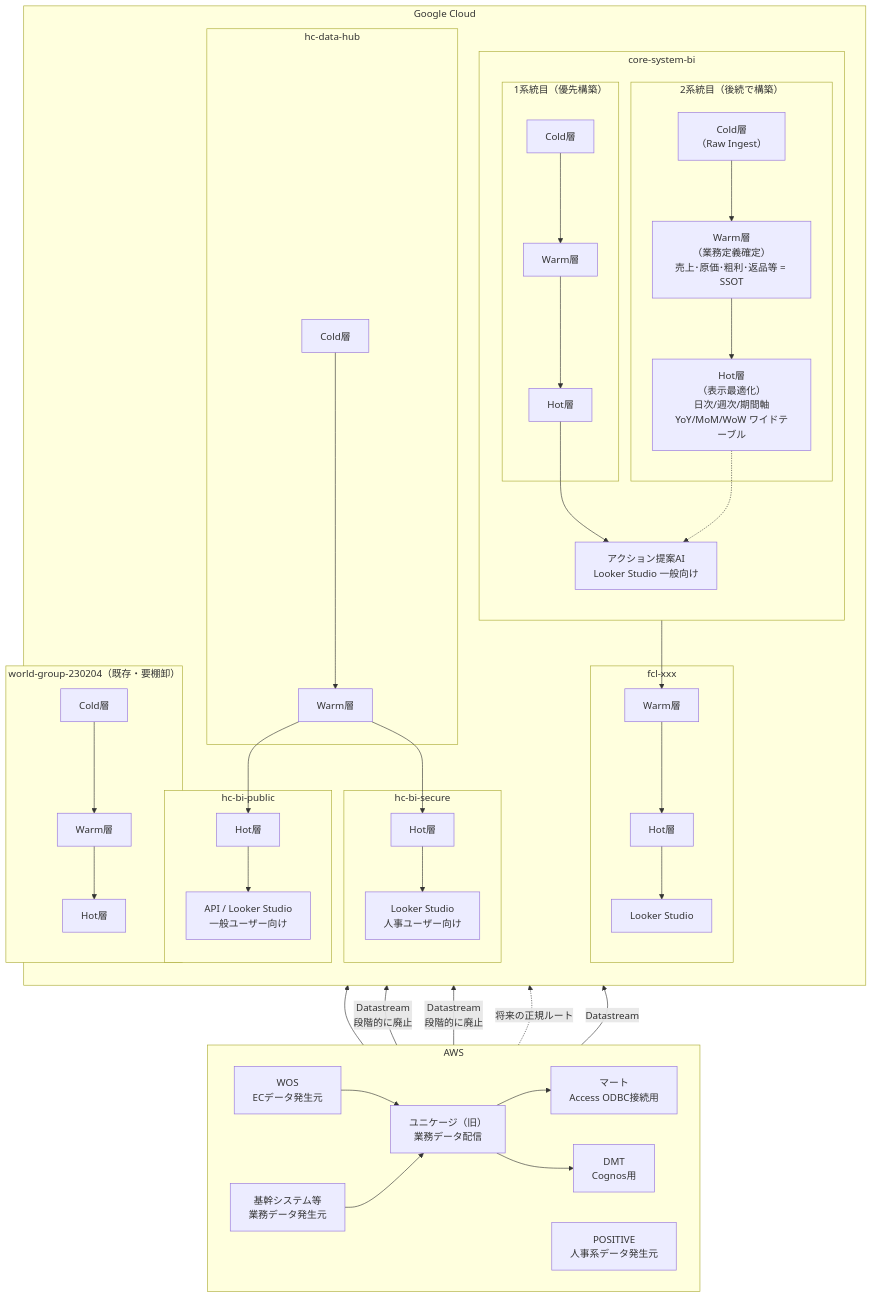
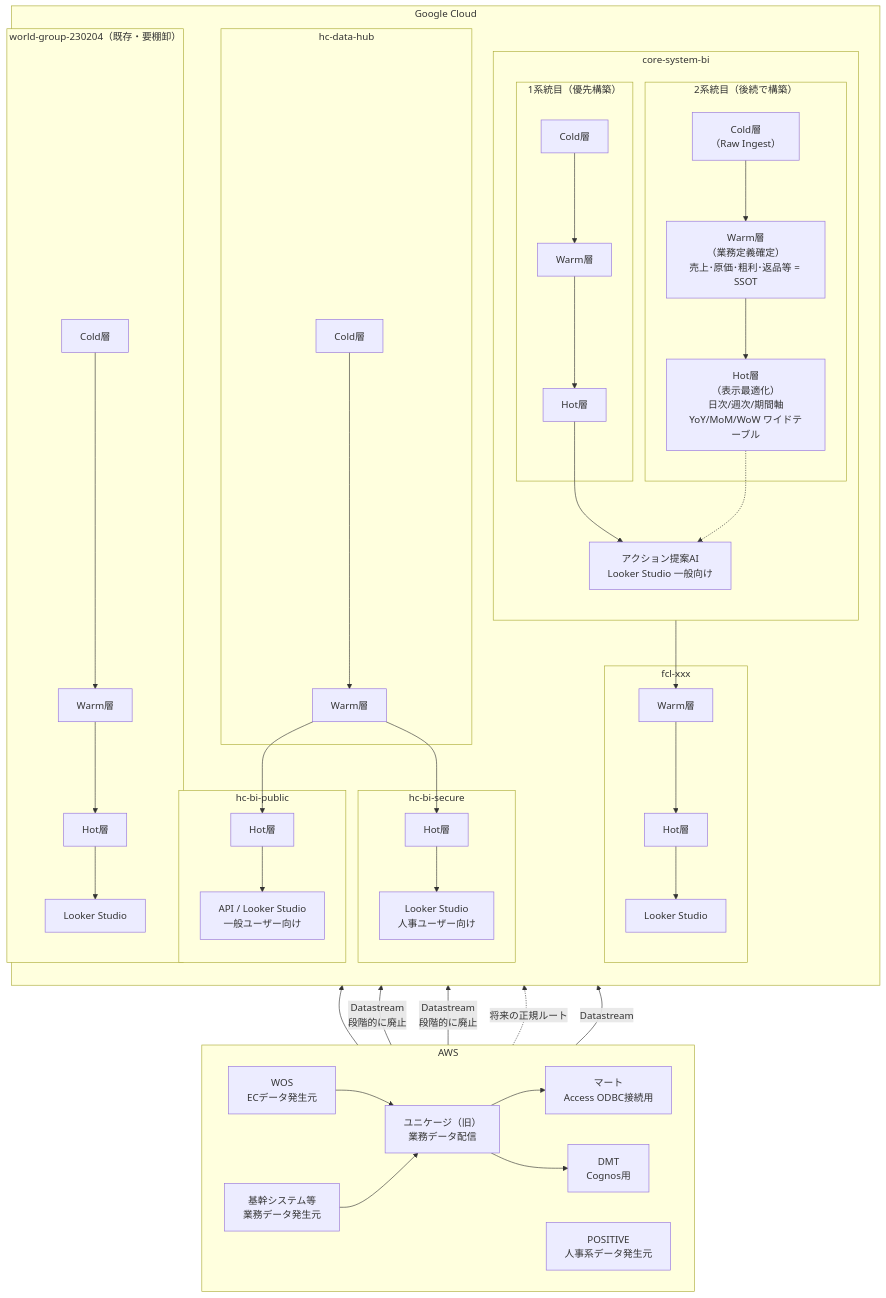
Before and after one commit to jhasegawa-01100687/bi-diagram: the diagram in README.md, drawn with Mermaid.

Commit message:
docs: add Looker Studio output to world-group

```diff
--- a/README.md
+++ b/README.md
@@ -68,7 +68,8 @@
             WG_Cold["Cold層"]
             WG_Warm["Warm層"]
             WG_Hot["Hot層"]
-            WG_Cold --> WG_Warm --> WG_Hot
+            WG_Out["Looker Studio"]
+            WG_Cold --> WG_Warm --> WG_Hot --> WG_Out
         end
     end
 
```
